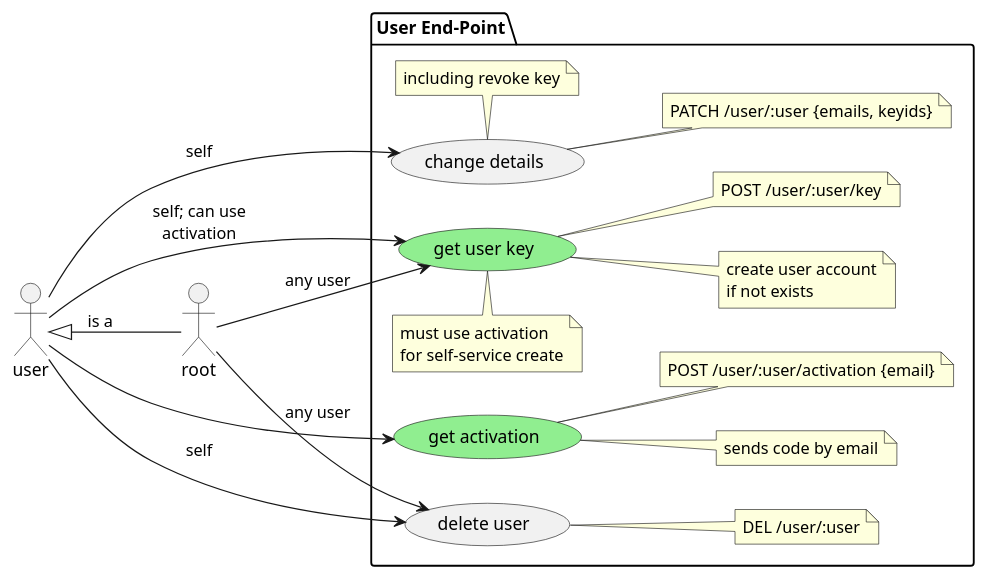
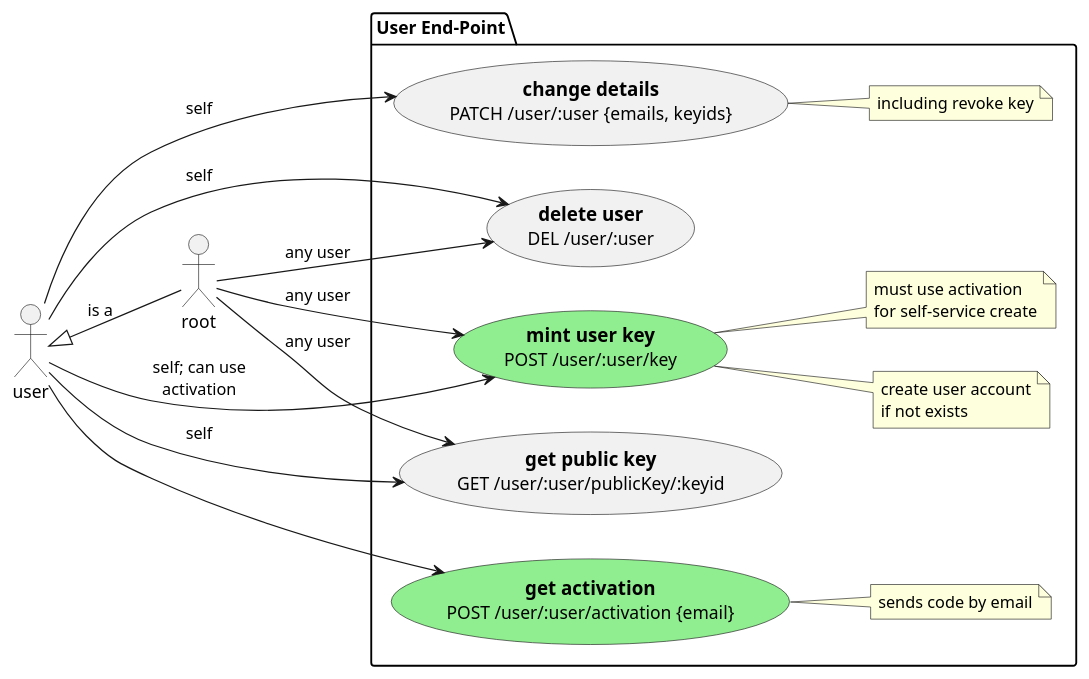
The diagram in architecture/api/admin/admin.use-case.puml (m-ld/m-ld-gateway), drawn with PlantUML before and after one commit. The commit also changed 26 other files, not shown here.

```diff
--- a/architecture/api/admin/admin.use-case.puml
+++ b/architecture/api/admin/admin.use-case.puml
@@ -1,28 +1,38 @@
 @startuml
 'https://plantuml.com/use-case-diagram
 left to right direction
 
 :user:
 :root:
 user <|-- root : is a
 
 package "User End-Point" {
-  user --> (change details) : self
-  note right: PATCH /user/:user {emails, keyids}
-  note bottom of "change details": including revoke key
-  (get activation) #lightgreen
-  user --> (get activation)
-  note right of "get activation": sends code by email
-  note right of "get activation": POST /user/:user/activation {email}
-  (get user key) #lightgreen
-  user --> (get user key) : self; can use\nactivation
-  note top of "get user key": must use activation\nfor self-service create
-  note right of "get user key": create user account\nif not exists
-  note right of "get user key": POST /user/:user/key
-  root --> (get user key) : any user
-  user --> (delete user) : self
-  root --> (delete user) : any user
-  note right: DEL /user/:user
+  usecase changeDetails as "=== change details
+  PATCH /user/:user {emails, keyids}"
+  user --> (changeDetails) : self
+  note right: including revoke key
+
+  usecase getActivation #lightgreen as "=== get activation
+  POST /user/:user/activation {email}"
+  user --> (getActivation)
+  note right: sends code by email
+
+  usecase mintUserKey #lightgreen as "=== mint user key
+  POST /user/:user/key"
+  user --> mintUserKey : self; can use\nactivation
+  note right of mintUserKey: must use activation\nfor self-service create
+  note right of mintUserKey: create user account\nif not exists
+  root --> mintUserKey : any user
+
+  usecase deleteUser as "=== delete user
+  DEL /user/:user"
+  user --> deleteUser : self
+  root --> deleteUser : any user
+
+  usecase getPublicKey as "=== get public key
+  GET /user/:user/publicKey/:keyid"
+  user --> getPublicKey : self
+  root --> getPublicKey : any user
 }
 
 @enduml
```
